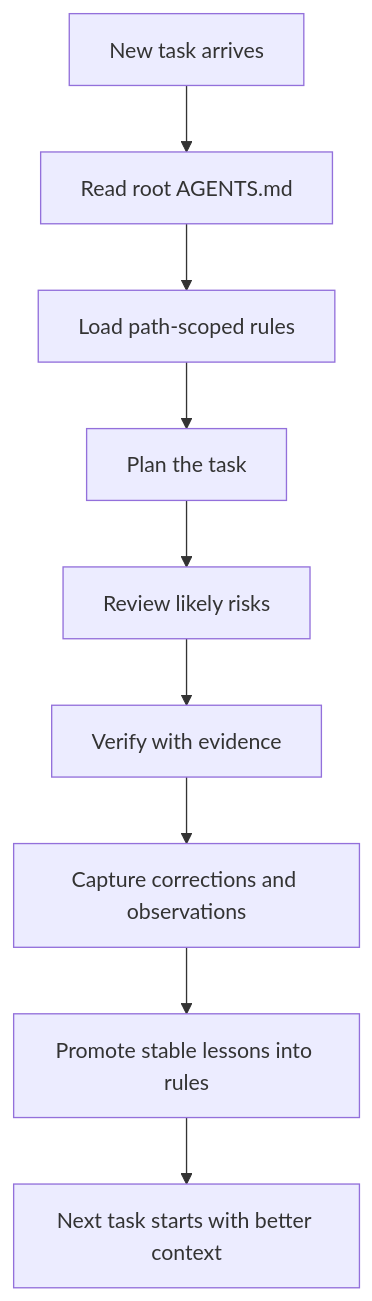
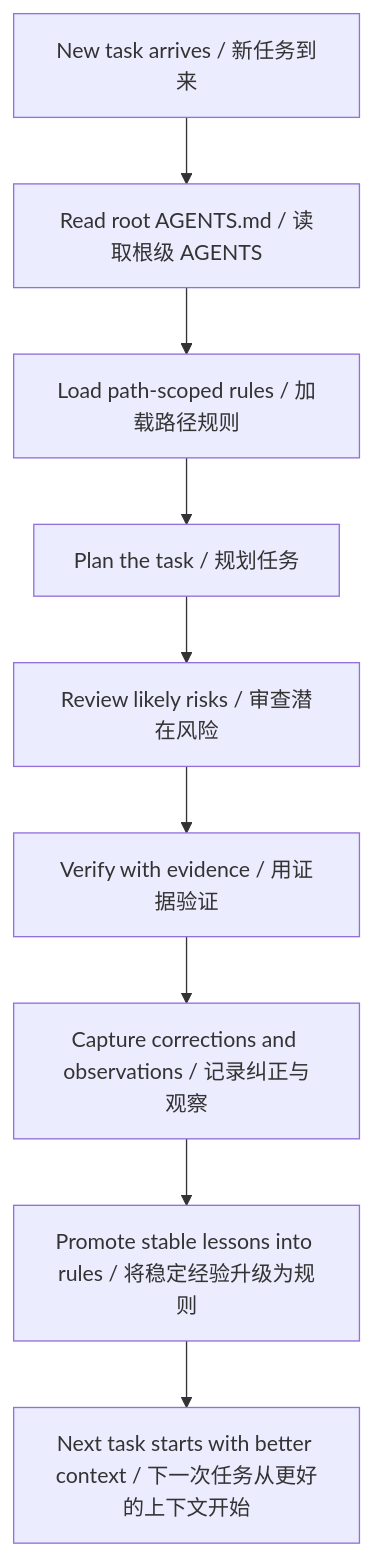
The diagram in README.md (Wang-Yeah623/codex-evolve), drawn with Mermaid before and after one commit. The commit also changed other lines of this file, not shown here.

````diff
--- a/README.md
+++ b/README.md
@@ -77,11 +91,11 @@
 ```mermaid
 flowchart TD
-    A["New task arrives"] --> B["Read root AGENTS.md"]
-    B --> C["Load path-scoped rules"]
-    C --> D["Plan the task"]
-    D --> E["Review likely risks"]
-    E --> F["Verify with evidence"]
-    F --> G["Capture corrections and observations"]
-    G --> H["Promote stable lessons into rules"]
-    H --> I["Next task starts with better context"]
+    A["New task arrives / 新任务到来"] --> B["Read root AGENTS.md / 读取根级 AGENTS"]
+    B --> C["Load path-scoped rules / 加载路径规则"]
+    C --> D["Plan the task / 规划任务"]
+    D --> E["Review likely risks / 审查潜在风险"]
+    E --> F["Verify with evidence / 用证据验证"]
+    F --> G["Capture corrections and observations / 记录纠正与观察"]
+    G --> H["Promote stable lessons into rules / 将稳定经验升级为规则"]
+    H --> I["Next task starts with better context / 下一次任务从更好的上下文开始"]
 ```
````
